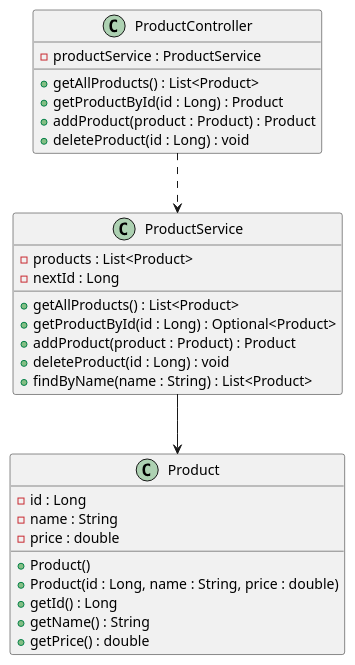
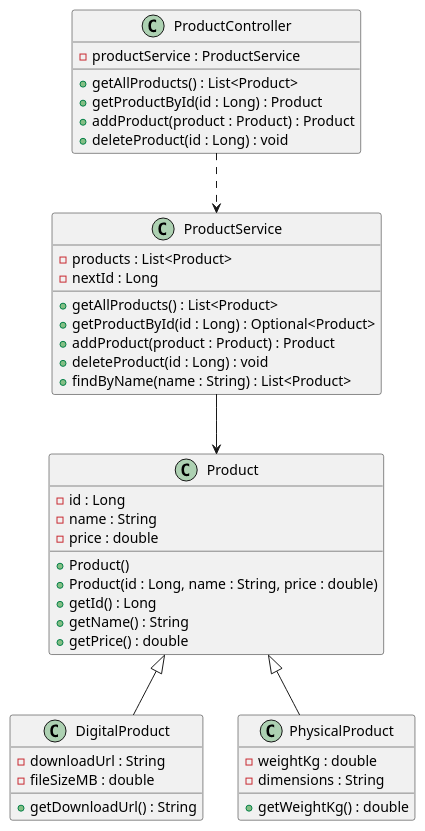
The diagram in docs/uml/Product.puml (Lakvindu-Menath/products-api), drawn with PlantUML before and after one commit. The commit also changed 4 other files, not shown here.

Commit message:
Tutorial 4: inheritance hierarchy — DigitalProduct and PhysicalProduct

```diff
--- a/docs/uml/Product.puml
+++ b/docs/uml/Product.puml
@@ -1,36 +1,51 @@
 @startuml
 
 class Product {
     - id : Long
     - name : String
     - price : double
 
     + Product()
     + Product(id : Long, name : String, price : double)
     + getId() : Long
     + getName() : String
     + getPrice() : double
 }
 
 
 class ProductService {
   - products : List<Product>
   - nextId : Long
   + getAllProducts() : List<Product>
   + getProductById(id : Long) : Optional<Product>
   + addProduct(product : Product) : Product
   + deleteProduct(id : Long) : void
   + findByName(name : String) : List<Product>
 }
 class ProductController {
   - productService : ProductService
   + getAllProducts() : List<Product>
   + getProductById(id : Long) : Product
   + addProduct(product : Product) : Product
   + deleteProduct(id : Long) : void
 }
+class DigitalProduct {
+- downloadUrl : String
+- fileSizeMB : double
++ getDownloadUrl() : String
+}
+
+class PhysicalProduct {
+- weightKg : double
+- dimensions : String
+
++ getWeightKg() : double
+}
 
 ProductController ..> ProductService
 ProductService --> Product
+' <|-- is the inheritance arrow. The PARENT goes on the left.
+Product <|-- DigitalProduct
+Product <|-- PhysicalProduct
 
 @enduml
```
